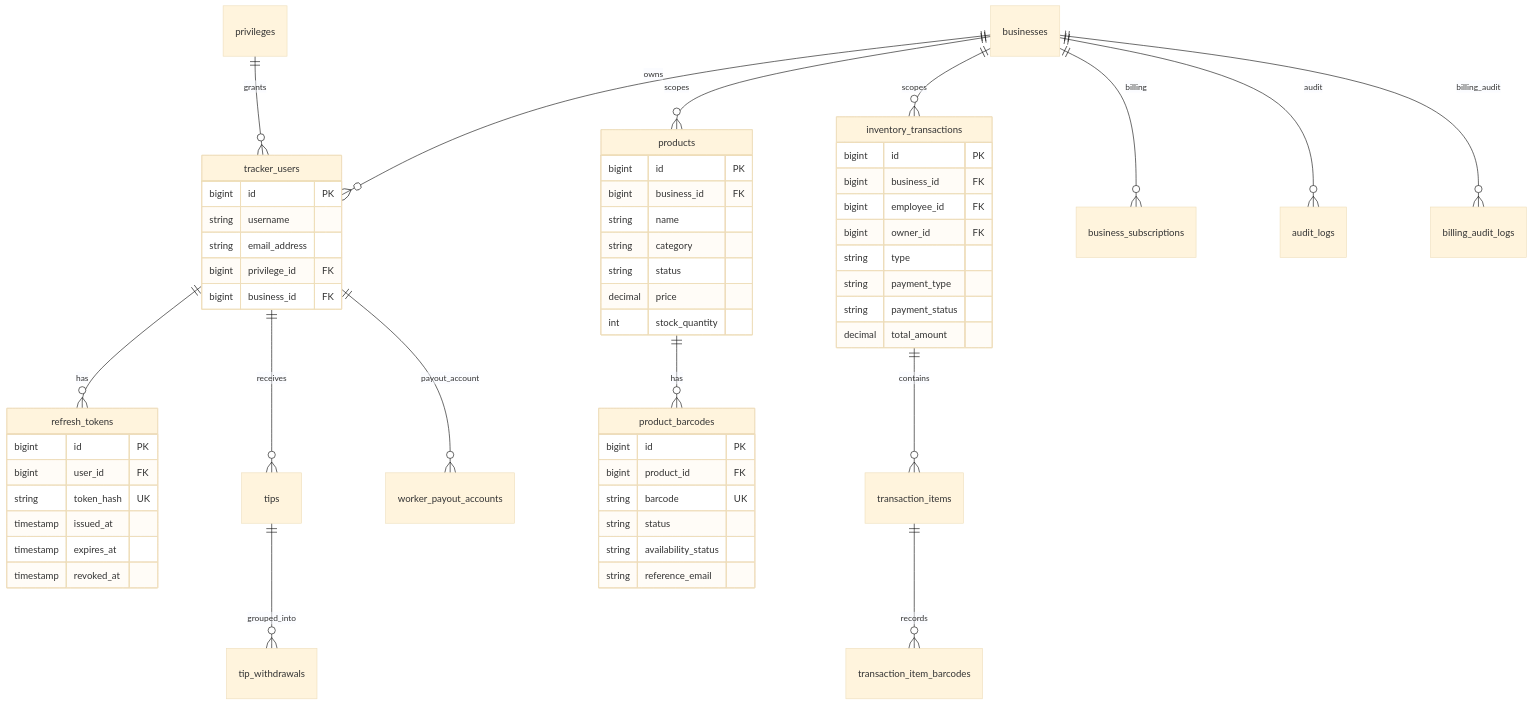
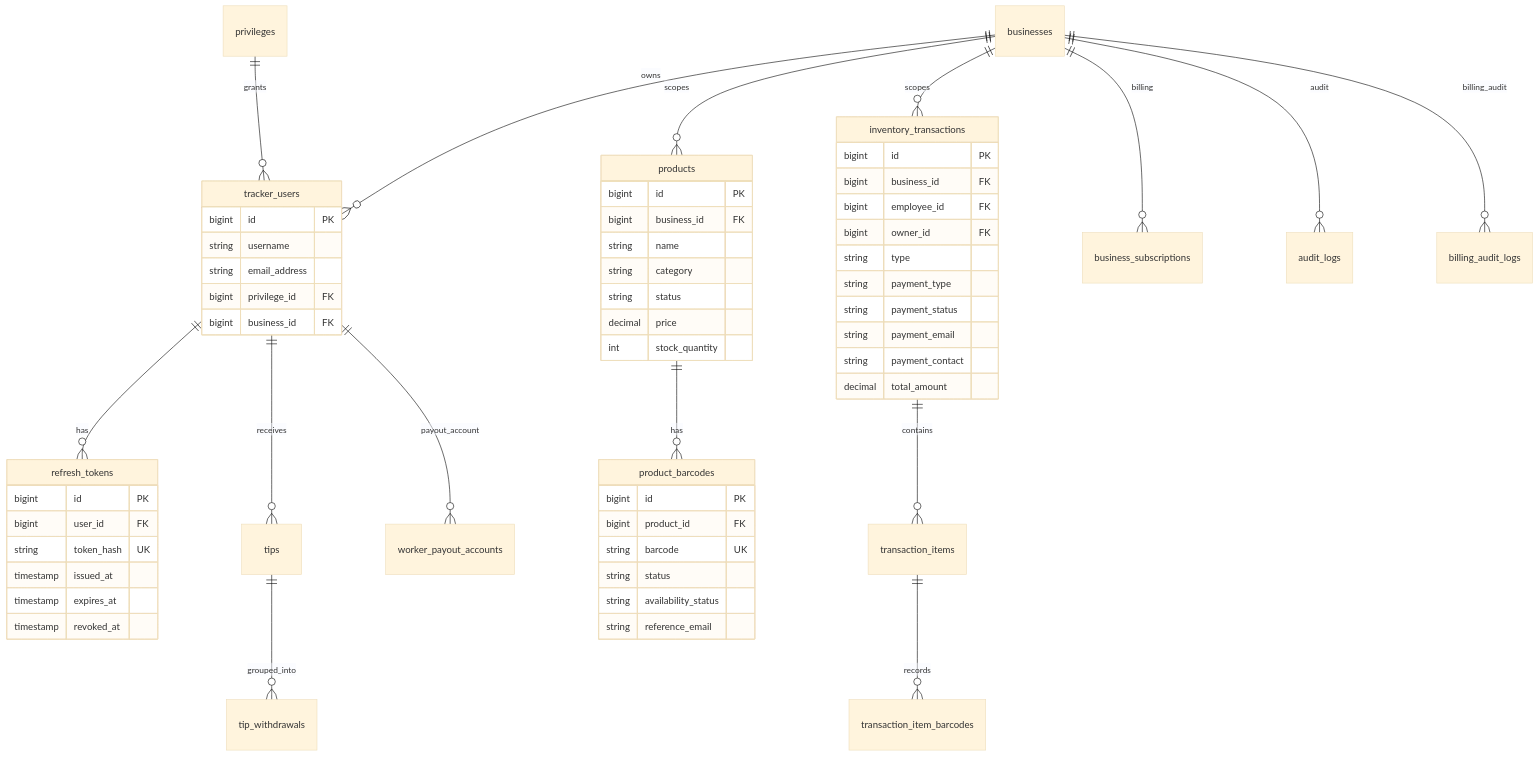
One commit to leonard1thecoder/king-sparkon-tracker-backend changed the third of 3 diagrams in README.md. Above: the diagram before and after it, drawn with Mermaid (base theme). The commit also changed other lines of this file, not shown here.

````diff
--- a/README.md
+++ b/README.md
@@ -69,64 +317,66 @@
 ```mermaid
 erDiagram
     businesses ||--o{ tracker_users : owns
     privileges ||--o{ tracker_users : grants
     businesses ||--o{ products : scopes
     products ||--o{ product_barcodes : has
     businesses ||--o{ inventory_transactions : scopes
     inventory_transactions ||--o{ transaction_items : contains
     transaction_items ||--o{ transaction_item_barcodes : records
     tracker_users ||--o{ refresh_tokens : has
     tracker_users ||--o{ tips : receives
     tips ||--o{ tip_withdrawals : grouped_into
     tracker_users ||--o{ worker_payout_accounts : payout_account
     businesses ||--o{ business_subscriptions : billing
     businesses ||--o{ audit_logs : audit
     businesses ||--o{ billing_audit_logs : billing_audit
 
     tracker_users {
         bigint id PK
         string username
         string email_address
         bigint privilege_id FK
         bigint business_id FK
     }
 
     products {
         bigint id PK
         bigint business_id FK
         string name
         string category
         string status
         decimal price
         int stock_quantity
     }
 
     product_barcodes {
         bigint id PK
         bigint product_id FK
         string barcode UK
         string status
         string availability_status
         string reference_email
     }
 
     inventory_transactions {
         bigint id PK
         bigint business_id FK
         bigint employee_id FK
         bigint owner_id FK
         string type
         string payment_type
         string payment_status
+        string payment_email
+        string payment_contact
         decimal total_amount
     }
 
     refresh_tokens {
         bigint id PK
         bigint user_id FK
         string token_hash UK
         timestamp issued_at
         timestamp expires_at
         timestamp revoked_at
     }
 ```
````
